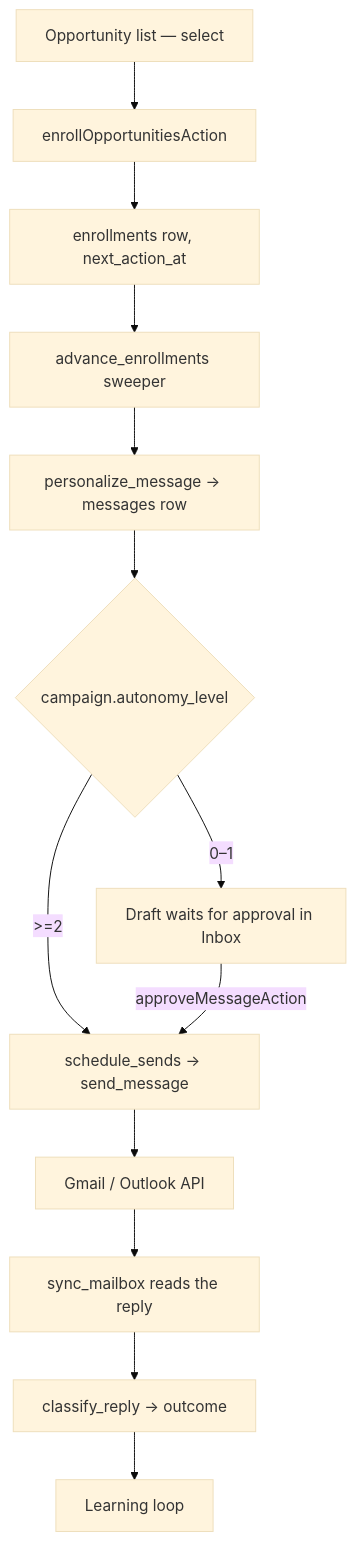
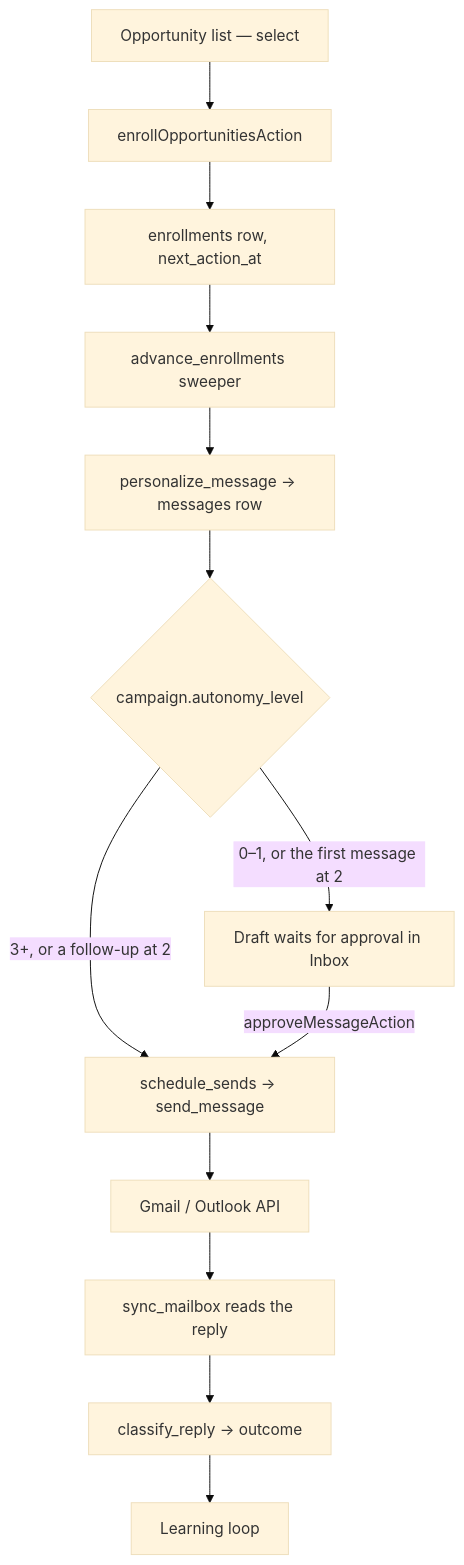
Before and after one commit to arpitcoding007-star/Huntloop: the fourth of 4 diagrams in docs/product/user-journeys.md, drawn with Mermaid (base theme). The commit also changed 21 other files, not shown here.

````diff
--- a/docs/product/user-journeys.md
+++ b/docs/product/user-journeys.md
@@ -133,15 +133,15 @@
 ```mermaid
 flowchart TD
   A[Opportunity list — select] --> B[enrollOpportunitiesAction]
   B --> C[enrollments row, next_action_at]
   C --> D[advance_enrollments sweeper]
   D --> E[personalize_message → messages row]
   E --> F{campaign.autonomy_level}
-  F -->|0–1| G[Draft waits for approval in Inbox]
-  F -->|>=2| H[schedule_sends → send_message]
+  F -->|0–1, or the first message at 2| G[Draft waits for approval in Inbox]
+  F -->|3+, or a follow-up at 2| H[schedule_sends → send_message]
   G -->|approveMessageAction| H
   H --> I[Gmail / Outlook API]
   I --> J[sync_mailbox reads the reply]
   J --> K[classify_reply → outcome]
   K --> L[Learning loop]
 ```
````
